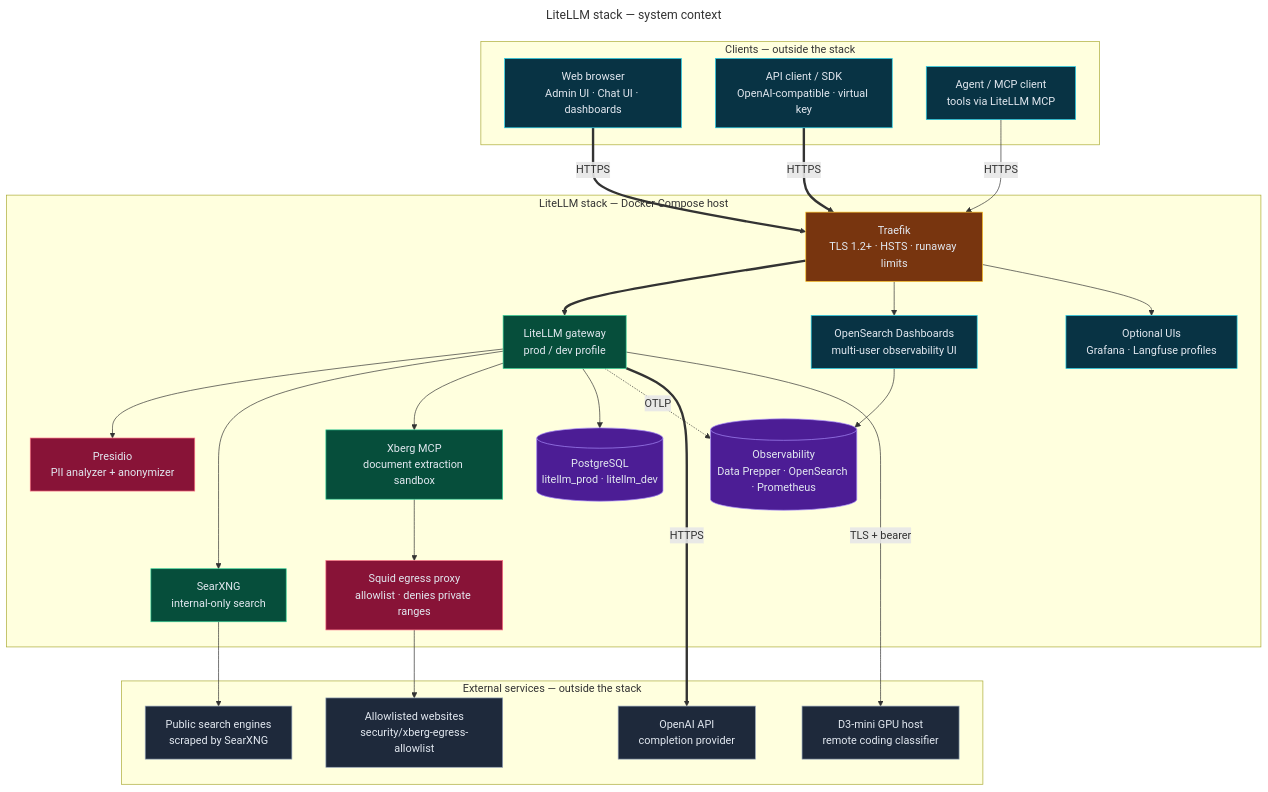
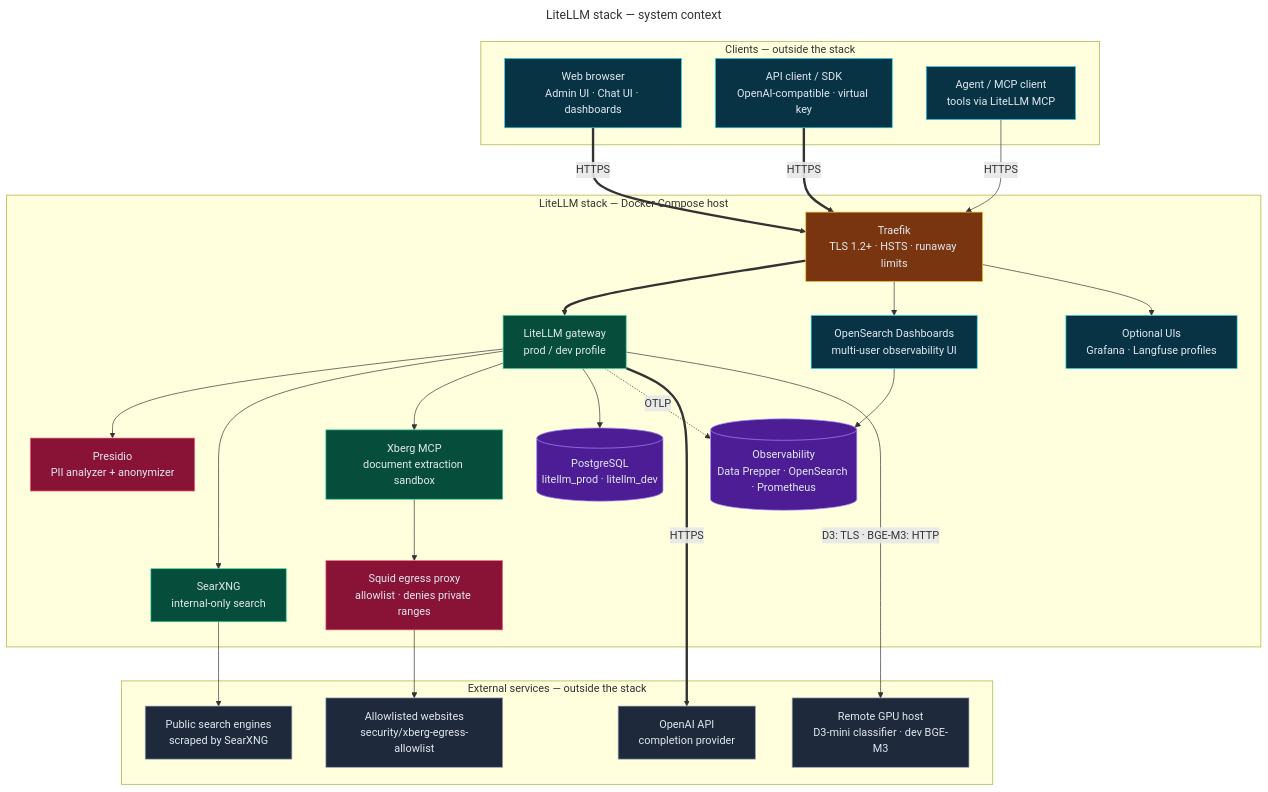
One commit to bella-1337/effective-spoon changed the diagram in diagrams/01-system-context.mmd. Above: the diagram before and after it, drawn with Mermaid. The commit also changed 46 other files, not shown here.

First line of the commit message:
Serve D3-mini and BGE-M3 from a separate GPU host stack

```diff
--- a/diagrams/01-system-context.mmd
+++ b/diagrams/01-system-context.mmd
@@ -1,69 +1,69 @@
 ---
 title: LiteLLM stack — system context
 ---
 flowchart TD
   %% Source for 01-system-context.html. Edit this file, then run ./scripts/render-diagrams.py.
   %% Directives: docs in diagrams/README.md (Updating diagrams).
   %% @mode architecture
   %% @subtitle Who calls the stack, what runs inside the Docker host, and which services live outside it
   %% @card cyan | Clients | Browsers, SDKs, and agents reach the stack only through Traefik over HTTPS | API clients authenticate to LiteLLM with a virtual key or the master key | Operators use OpenSearch Dashboards, plus Grafana or Langfuse when enabled
   %% @card violet | Inside the stack | LiteLLM is the single gateway for models, search, MCP tools, and guardrails | Presidio, SearXNG, Xberg, PostgreSQL, and telemetry stay on internal networks | Every container log, metric, and trace lands in OpenSearch by default
-  %% @card rose | Outside the stack | OpenAI serves completions; D3-mini runs on a separate GPU host | SearXNG scrapes public engines — review their terms of use | Xberg reaches only allowlisted sites through the Squid egress proxy
+  %% @card rose | Outside the stack | OpenAI serves completions; a separate GPU host runs D3-mini over TLS and dev BGE-M3 embeddings over plain HTTP | SearXNG scrapes public engines — review their terms of use | Xberg reaches only allowlisted sites through the Squid egress proxy
   %% @tier 0: BR API AG
   %% @tier 1: TR
   %% @tier 2: LL OSD OPT
   %% @tier 3: PR SX XB PG OBS
   %% @tier 4: SQ
   %% @tier 5: OAI D3 SE WEB
   %% @journey #22d3ee: API TR LL OAI
   %% @journey #a78bfa: BR TR OSD OBS
   %% @journey #34d399: AG TR LL XB SQ WEB
 
   subgraph CL["Clients — outside the stack"]
     BR["Web browser<br/>Admin UI · Chat UI · dashboards"]:::frontend
     API["API client / SDK<br/>OpenAI-compatible · virtual key"]:::frontend
     AG["Agent / MCP client<br/>tools via LiteLLM MCP"]:::frontend
   end
   subgraph ST["LiteLLM stack — Docker Compose host"]
     TR["Traefik<br/>TLS 1.2+ · HSTS · runaway limits"]:::cloud
     LL["LiteLLM gateway<br/>prod / dev profile"]:::backend
     OSD["OpenSearch Dashboards<br/>multi-user observability UI"]:::frontend
     OPT["Optional UIs<br/>Grafana · Langfuse profiles"]:::frontend
     PR["Presidio<br/>PII analyzer + anonymizer"]:::security
     SX["SearXNG<br/>internal-only search"]:::backend
     XB["Xberg MCP<br/>document extraction sandbox"]:::backend
     PG[("PostgreSQL<br/>litellm_prod · litellm_dev")]:::database
     OBS[("Observability<br/>Data Prepper · OpenSearch · Prometheus")]:::database
     SQ["Squid egress proxy<br/>allowlist · denies private ranges"]:::security
   end
   subgraph EX["External services — outside the stack"]
     OAI["OpenAI API<br/>completion provider"]:::external
-    D3["D3-mini GPU host<br/>remote coding classifier"]:::external
+    D3["Remote GPU host<br/>D3-mini classifier · dev BGE-M3"]:::external
     SE["Public search engines<br/>scraped by SearXNG"]:::external
     WEB["Allowlisted websites<br/>security/xberg-egress-allowlist"]:::external
   end
 
   BR ==>|"HTTPS"| TR
   API ==>|"HTTPS"| TR
   AG -->|"HTTPS"| TR
   TR ==> LL
   TR --> OSD
   TR --> OPT
   LL --> PR
   LL --> SX
   LL --> XB
   LL --> PG
   LL -.->|"OTLP"| OBS
   OSD --> OBS
   XB --> SQ
   LL ==>|"HTTPS"| OAI
-  LL -->|"TLS + bearer"| D3
+  LL -->|"D3: TLS · BGE-M3: HTTP"| D3
   SX --> SE
   SQ --> WEB
 
   classDef backend fill:#064e3b,stroke:#34d399,color:#e2e8f0
   classDef cloud fill:#78350f,stroke:#fbbf24,color:#e2e8f0
   classDef database fill:#4c1d95,stroke:#a78bfa,color:#e2e8f0
   classDef external fill:#1e293b,stroke:#94a3b8,color:#e2e8f0
   classDef frontend fill:#083344,stroke:#22d3ee,color:#e2e8f0
   classDef security fill:#881337,stroke:#fb7185,color:#e2e8f0
```
